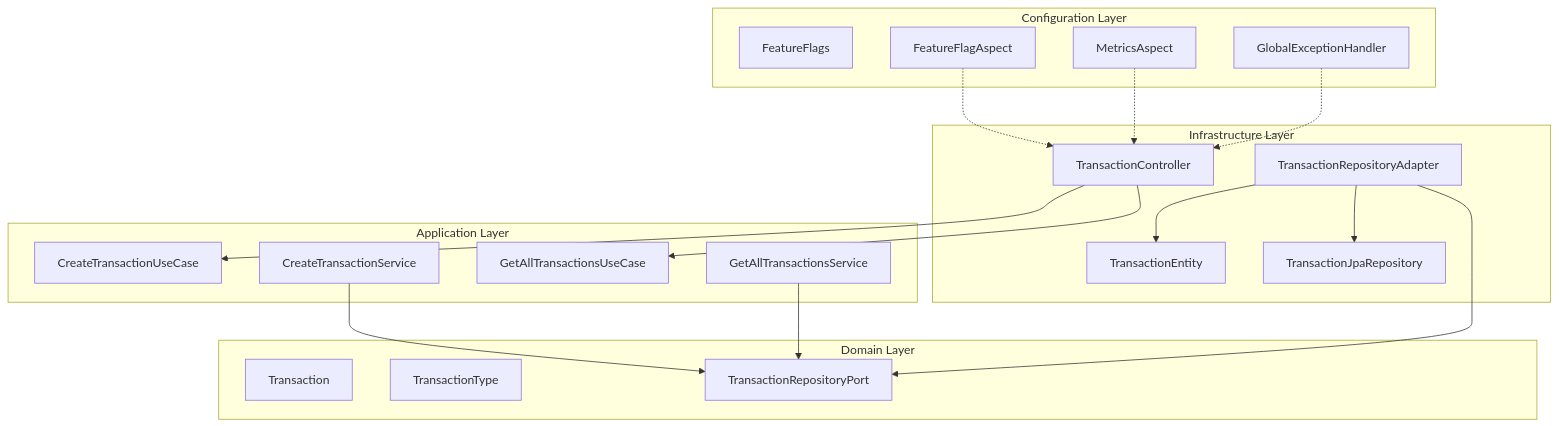
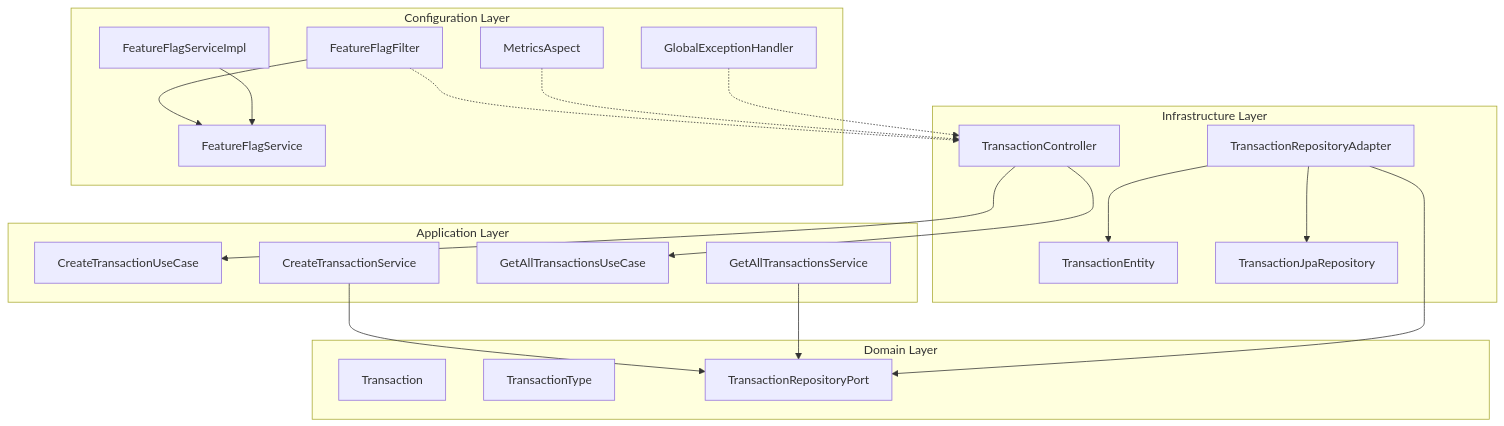
Before and after one commit to noyqdave/accounting-ledger-service: the diagram in docs/diagrams/logical-view.mmd, drawn with Mermaid. The commit also changed 12 other files, not shown here.

First line of the commit message:
Update documentation to reflect filter-based feature flag implementation

```diff
--- a/docs/diagrams/logical-view.mmd
+++ b/docs/diagrams/logical-view.mmd
@@ -1,41 +1,44 @@
 graph TB
     subgraph "Domain Layer"
         T[Transaction]
         TT[TransactionType]
         TRP[TransactionRepositoryPort]
     end
     
     subgraph "Application Layer"
         CTU[CreateTransactionUseCase]
         CTS[CreateTransactionService]
         GTU[GetAllTransactionsUseCase]
         GTS[GetAllTransactionsService]
     end
     
     subgraph "Infrastructure Layer"
         TC[TransactionController]
         TRA[TransactionRepositoryAdapter]
         TE[TransactionEntity]
         TJR[TransactionJpaRepository]
     end
     
     subgraph "Configuration Layer"
-        FF[FeatureFlags]
-        FFA[FeatureFlagAspect]
+        FFS[FeatureFlagService]
+        FFSI[FeatureFlagServiceImpl]
+        FFF[FeatureFlagFilter]
         MA[MetricsAspect]
         GEH[GlobalExceptionHandler]
     end
     
     %% Dependencies
     CTS --> TRP
     GTS --> TRP
     TC --> CTU
     TC --> GTU
     TRA --> TRP
     TRA --> TJR
     TRA --> TE
     
     %% Cross-cutting concerns
-    FFA -.-> TC
+    FFF -.-> TC
+    FFF --> FFS
+    FFSI --> FFS
     MA -.-> TC
     GEH -.-> TC
```
